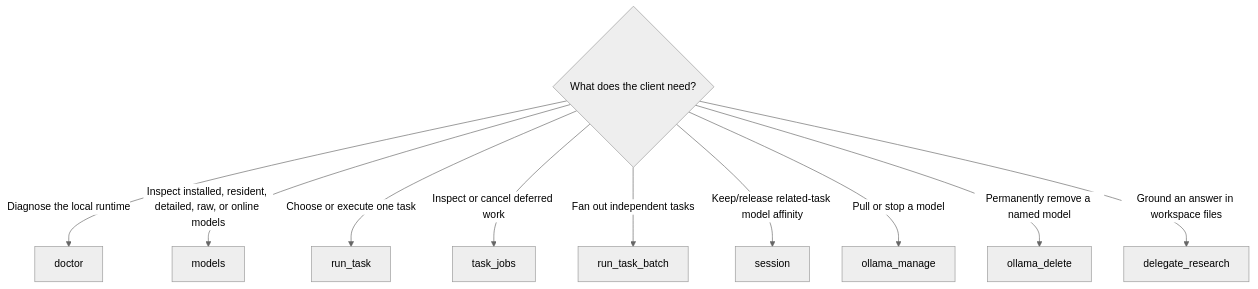
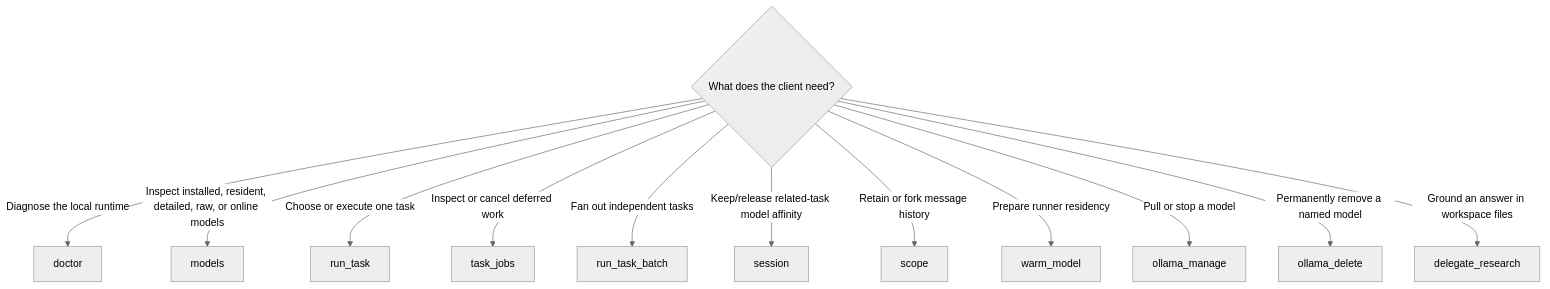
The first of 2 diagrams in packages/mcp/README.md (bgauryy/FreeLlama), drawn with Mermaid (neutral theme) before and after one commit. The commit also changed other lines of this file and 49 other files, not shown here.

````diff
--- a/packages/mcp/README.md
+++ b/packages/mcp/README.md
@@ -24,13 +26,15 @@
 ```mermaid
 flowchart TD
     Q{"What does the client need?"}
     Q -->|"Diagnose the local runtime"| D["doctor"]
     Q -->|"Inspect installed, resident, detailed, raw, or online models"| M["models"]
     Q -->|"Choose or execute one task"| R["run_task"]
     Q -->|"Inspect or cancel deferred work"| J["task_jobs"]
     Q -->|"Fan out independent tasks"| B["run_task_batch"]
     Q -->|"Keep/release related-task model affinity"| S["session"]
+    Q -->|"Retain or fork message history"| H["scope"]
+    Q -->|"Prepare runner residency"| W["warm_model"]
     Q -->|"Pull or stop a model"| O["ollama_manage"]
     Q -->|"Permanently remove a named model"| X["ollama_delete"]
     Q -->|"Ground an answer in workspace files"| G["delegate_research"]
 ```
````
